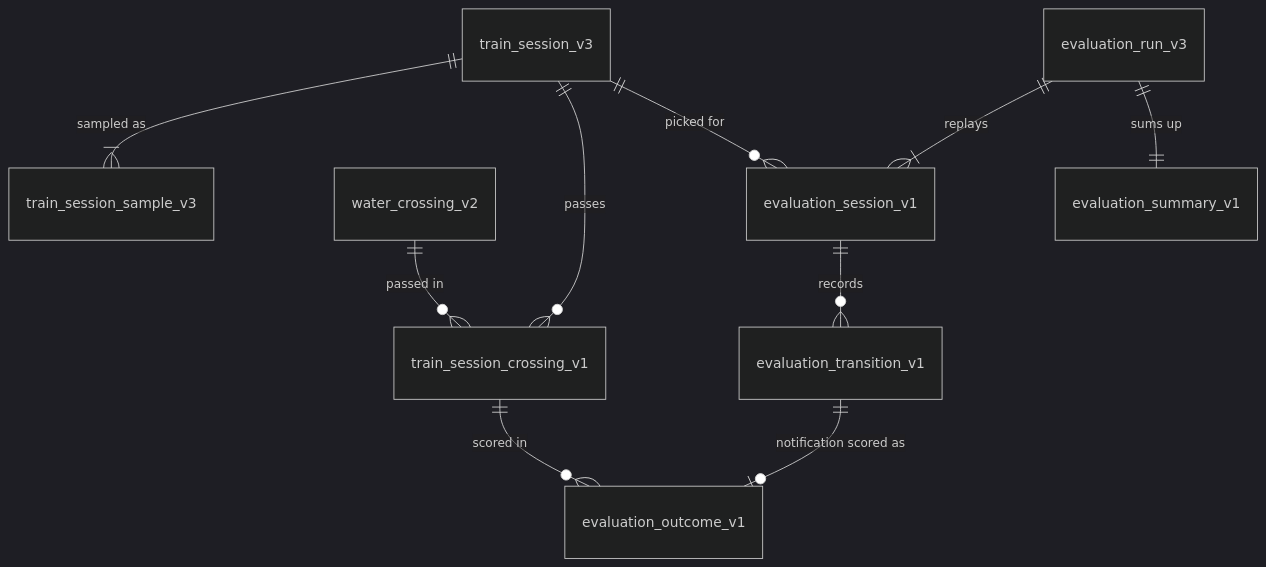
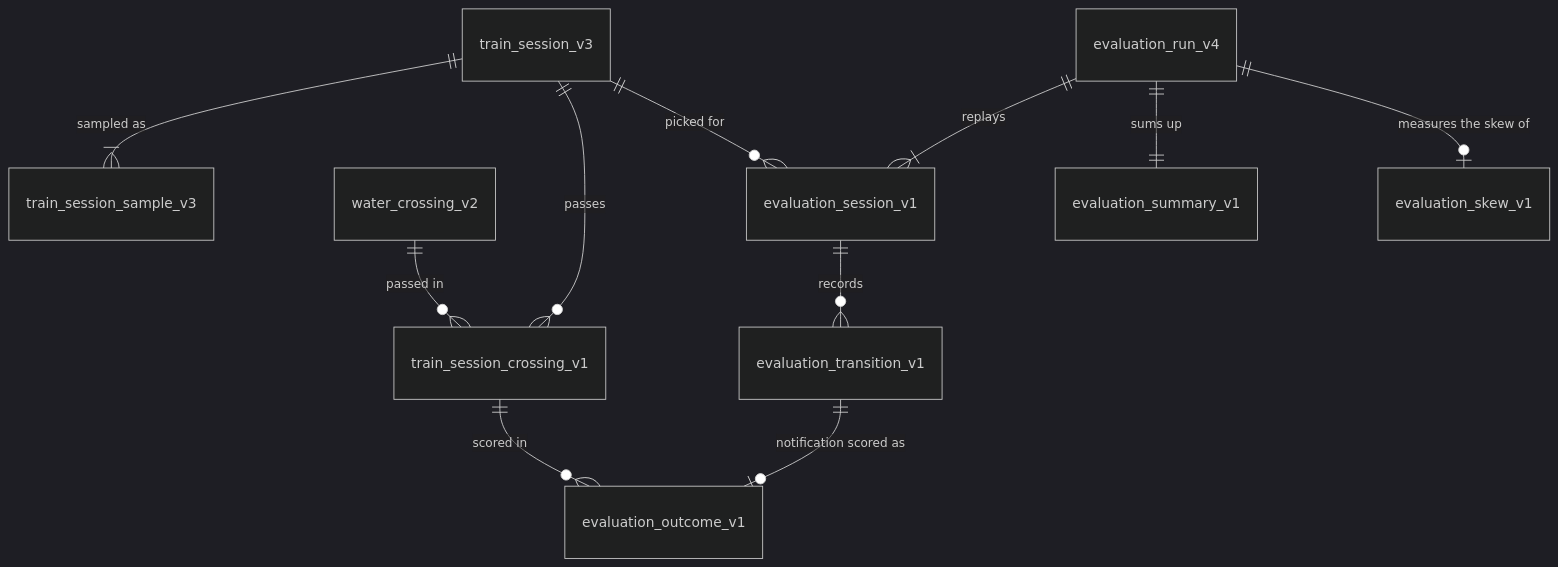
The diagram in apps/lookout/docs/current-slice.md (mikemoraned/geo), drawn with Mermaid (dark theme) before and after one commit. The commit also changed other lines of this file, not shown here.

Commit message:
measure the skew between the online and offline pass detectors on every run, rather than evaluating the online detector as a predictor, and plan the run row and dataset that record it

````diff
--- a/apps/lookout/docs/current-slice.md
+++ b/apps/lookout/docs/current-slice.md
@@ -127,12 +127,13 @@
 ```mermaid
 erDiagram
     train_session_v3 ||--|{ train_session_sample_v3 : "sampled as"
     train_session_v3 ||--o{ train_session_crossing_v1 : "passes"
     water_crossing_v2 ||--o{ train_session_crossing_v1 : "passed in"
-    evaluation_run_v3 ||--|{ evaluation_session_v1 : "replays"
+    evaluation_run_v4 ||--|{ evaluation_session_v1 : "replays"
     train_session_v3 ||--o{ evaluation_session_v1 : "picked for"
     evaluation_session_v1 ||--o{ evaluation_transition_v1 : "records"
     evaluation_transition_v1 ||--o| evaluation_outcome_v1 : "notification scored as"
     train_session_crossing_v1 ||--o{ evaluation_outcome_v1 : "scored in"
-    evaluation_run_v3 ||--|| evaluation_summary_v1 : "sums up"
+    evaluation_run_v4 ||--|| evaluation_summary_v1 : "sums up"
+    evaluation_run_v4 ||--o| evaluation_skew_v1 : "measures the skew of"
 ```
````
